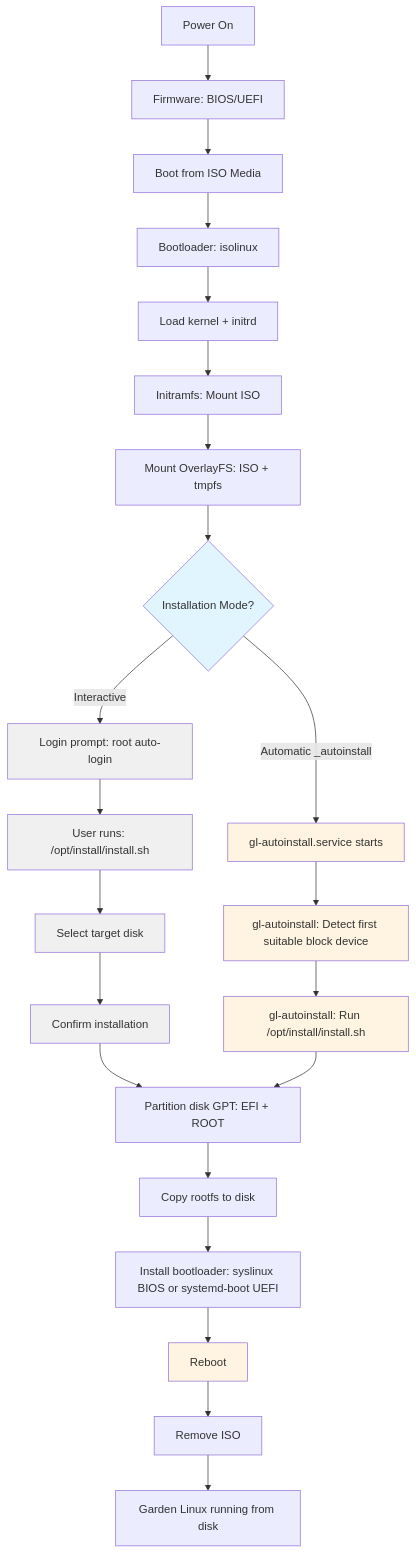
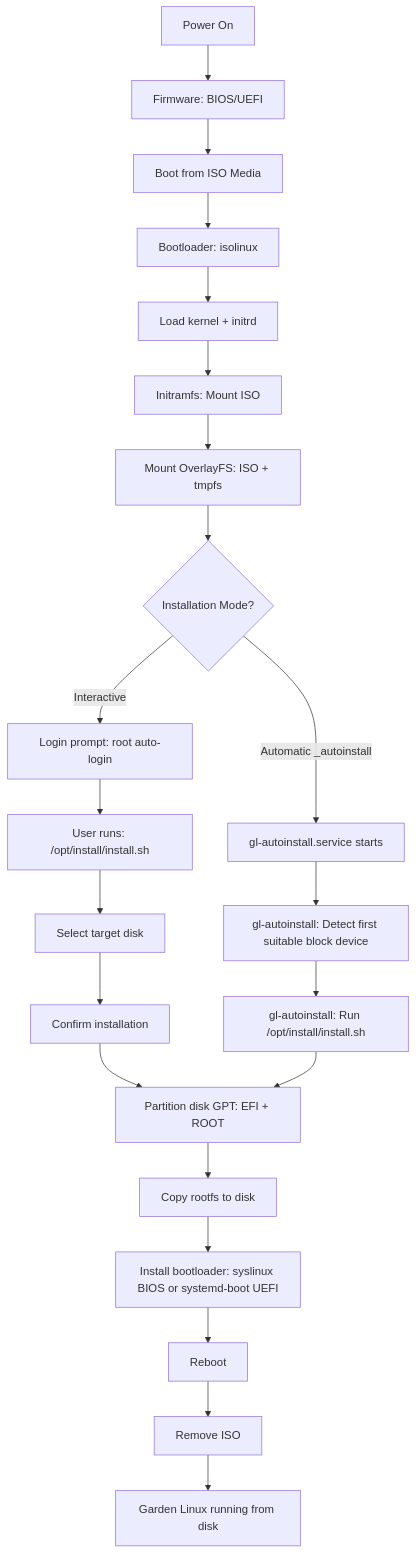
Before and after one commit to gardenlinux/gardenlinux: the diagram in docs/how-to/installation/on-premises/iso.md, drawn with Mermaid. The commit also changed 4 other files, not shown here.

First line of the commit message:
docs: use canonical class names for all mermaid diagrams

````diff
--- a/docs/how-to/installation/on-premises/iso.md
+++ b/docs/how-to/installation/on-premises/iso.md
@@ -44,40 +44,36 @@
 ```mermaid
 flowchart TD
     Start[Power On] --> Firmware[Firmware: BIOS/UEFI]
     Firmware --> BootISO[Boot from ISO Media]
     BootISO --> Bootloader[Bootloader: isolinux]
     Bootloader --> LoadKernel[Load kernel + initrd]
     LoadKernel --> InitMount[Initramfs: Mount ISO]
     InitMount --> Overlay[Mount OverlayFS: ISO + tmpfs]
 
     Overlay --> Mode{Installation Mode?}
 
     Mode -->|Interactive| Login[Login prompt: root auto-login]
     Login --> UserRun[User runs: /opt/install/install.sh]
     UserRun --> SelectDisk[Select target disk]
     SelectDisk --> ConfirmInstall[Confirm installation]
 
     Mode -->|Automatic _autoinstall| Service[gl-autoinstall.service starts]
     Service --> DetectDisk[gl-autoinstall: Detect first suitable block device]
     DetectDisk --> AutoRun[gl-autoinstall: Run /opt/install/install.sh]
 
     ConfirmInstall --> Partition[Partition disk GPT: EFI + ROOT]
     AutoRun --> Partition
 
     Partition --> Copy[Copy rootfs to disk]
     Copy --> InstallBoot[Install bootloader: syslinux BIOS or systemd-boot UEFI]
 
     InstallBoot --> Reboot[Reboot]
     Reboot --> RemoveISO[Remove ISO]
     RemoveISO --> Running[Garden Linux running from disk]
 
-    style Mode fill:#e1f5ff
-    style Service fill:#fff4e1
-    style DetectDisk fill:#fff4e1
-    style AutoRun fill:#fff4e1
-    style Reboot fill:#fff4e1
-    style Login fill:#f0f0f0
-    style UserRun fill:#f0f0f0
-    style SelectDisk fill:#f0f0f0
-    style ConfirmInstall fill:#f0f0f0
+    class Mode decision
+    class Service,DetectDisk,AutoRun,Reboot input
+    class Login,UserRun,SelectDisk,ConfirmInstall process
+    class Start,Firmware,BootISO,Bootloader,LoadKernel,InitMount,Overlay neutral
+    class Partition,Copy,InstallBoot,RemoveISO,Running neutral
 ```
````
